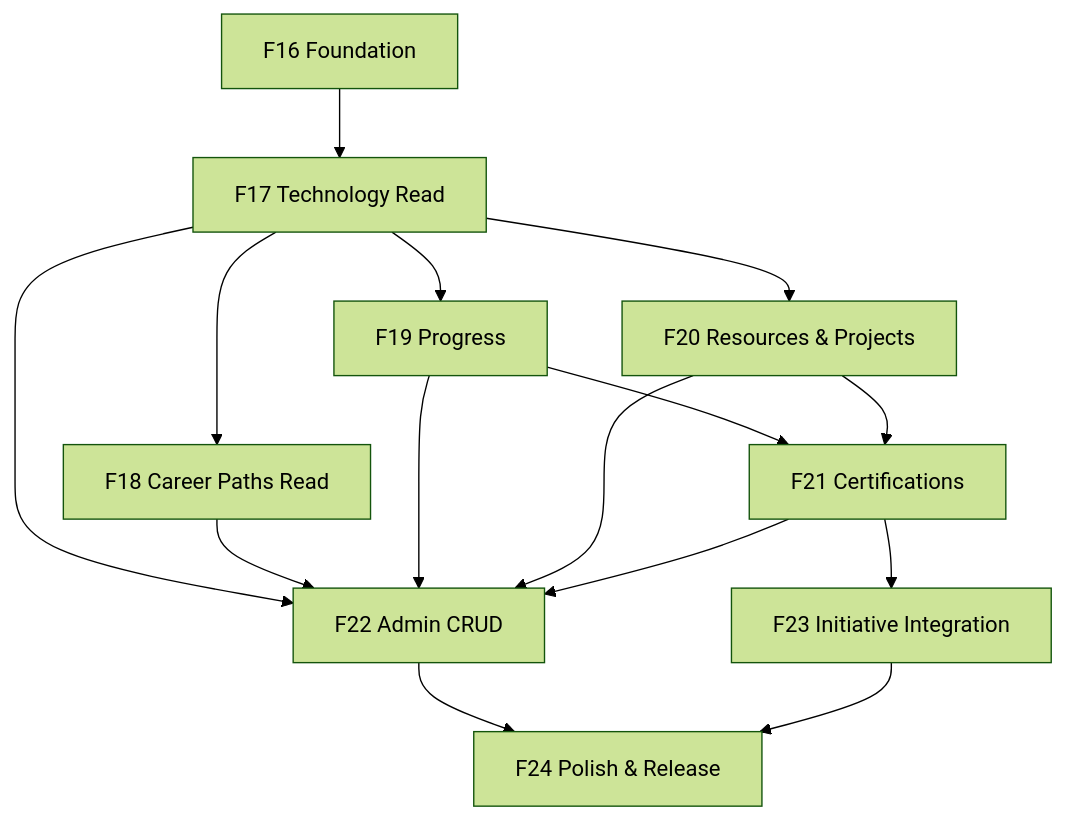
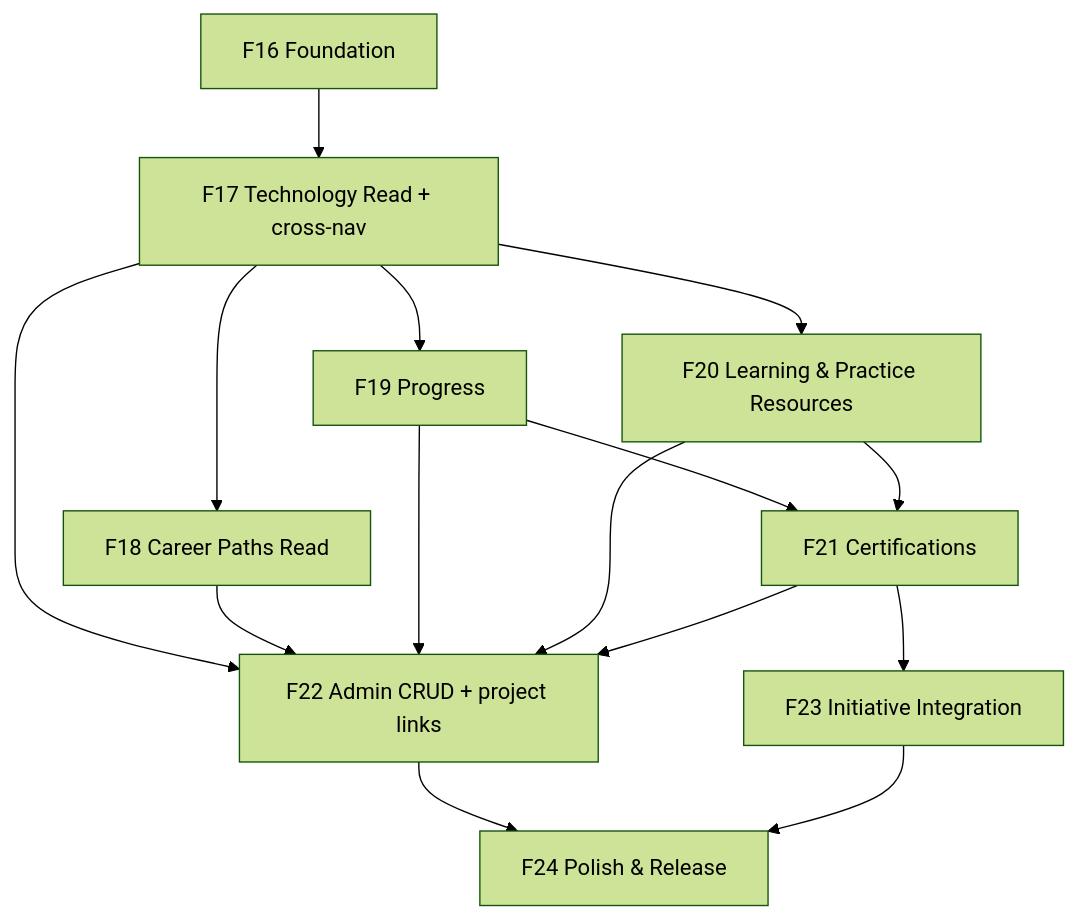
Before and after one commit to Kamaleshwarr/Infras-Learnhub: the diagram in docs/v0.8.0/05-roadmap.md, drawn with Mermaid (forest theme). The commit also changed other lines of this file and 8 other files, not shown here.

````diff
--- a/docs/v0.8.0/05-roadmap.md
+++ b/docs/v0.8.0/05-roadmap.md
@@ -323,17 +261,17 @@
 ```mermaid
 flowchart TD
-    F16[F16 Foundation] --> F17[F17 Technology Read]
+    F16[F16 Foundation] --> F17[F17 Technology Read + cross-nav]
     F17 --> F18[F18 Career Paths Read]
     F17 --> F19[F19 Progress]
-    F17 --> F20[F20 Resources & Projects]
+    F17 --> F20[F20 Learning & Practice Resources]
     F19 --> F21[F21 Certifications]
     F20 --> F21
-    F17 --> F22[F22 Admin CRUD]
+    F17 --> F22[F22 Admin CRUD + project links]
     F18 --> F22
     F19 --> F22
     F20 --> F22
     F21 --> F22
     F21 --> F23[F23 Initiative Integration]
     F22 --> F24[F24 Polish & Release]
     F23 --> F24
 ```
````
